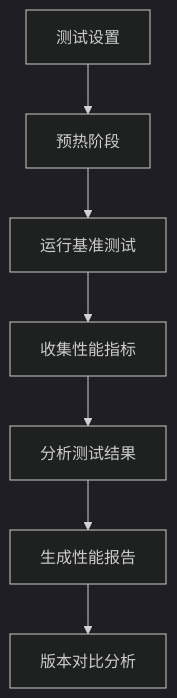
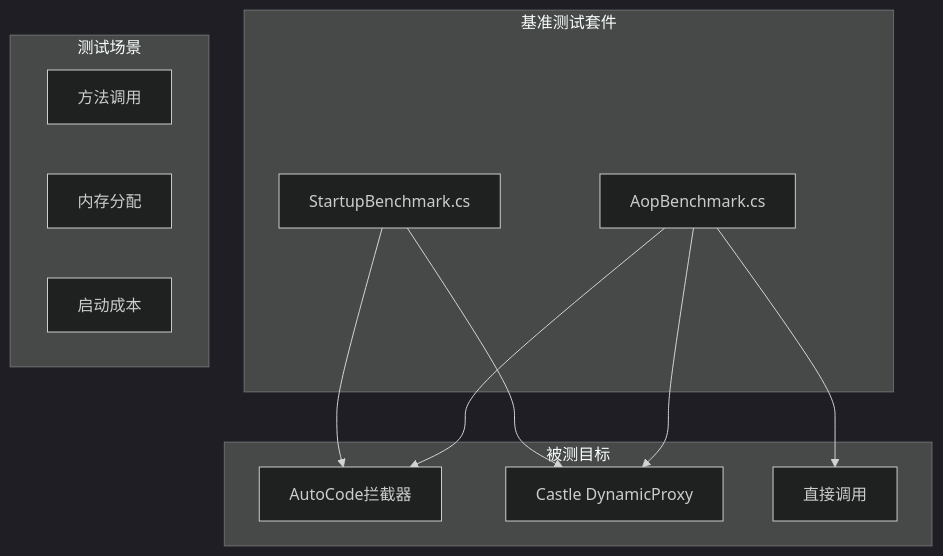
One commit to alivy/AutoCode changed the sixth of 6 diagrams in .qoder/repowiki/zh/content/调试与诊断/性能监控与优化.md. Above: the diagram before and after it, drawn with Mermaid (dark theme). The commit also changed other lines of this file and 279 other files, not shown here.

````diff
--- a/.qoder/repowiki/zh/content/调试与诊断/性能监控与优化.md
+++ b/.qoder/repowiki/zh/content/调试与诊断/性能监控与优化.md
@@ -260,9 +271,22 @@
 ```mermaid
-flowchart TD
-TestSetup["测试设置"] --> Warmup["预热阶段"]
-Warmup --> RunBenchmarks["运行基准测试"]
-RunBenchmarks --> CollectMetrics["收集性能指标"]
-CollectMetrics --> AnalyzeResults["分析测试结果"]
-AnalyzeResults --> GenerateReport["生成性能报告"]
-GenerateReport --> CompareVersions["版本对比分析"]
+graph TB
+subgraph "基准测试套件"
+AopBench["AopBenchmark.cs"]
+StartBench["StartupBenchmark.cs"]
+end
+subgraph "被测目标"
+AutoCodeIntercept["AutoCode拦截器"]
+CastleProxy["Castle DynamicProxy"]
+DirectCall["直接调用"]
+end
+subgraph "测试场景"
+MethodInvoke["方法调用"]
+MemoryAllocation["内存分配"]
+StartupCost["启动成本"]
+end
+AopBench --> AutoCodeIntercept
+AopBench --> CastleProxy
+AopBench --> DirectCall
+StartBench --> AutoCodeIntercept
+StartBench --> CastleProxy
 ```
````
